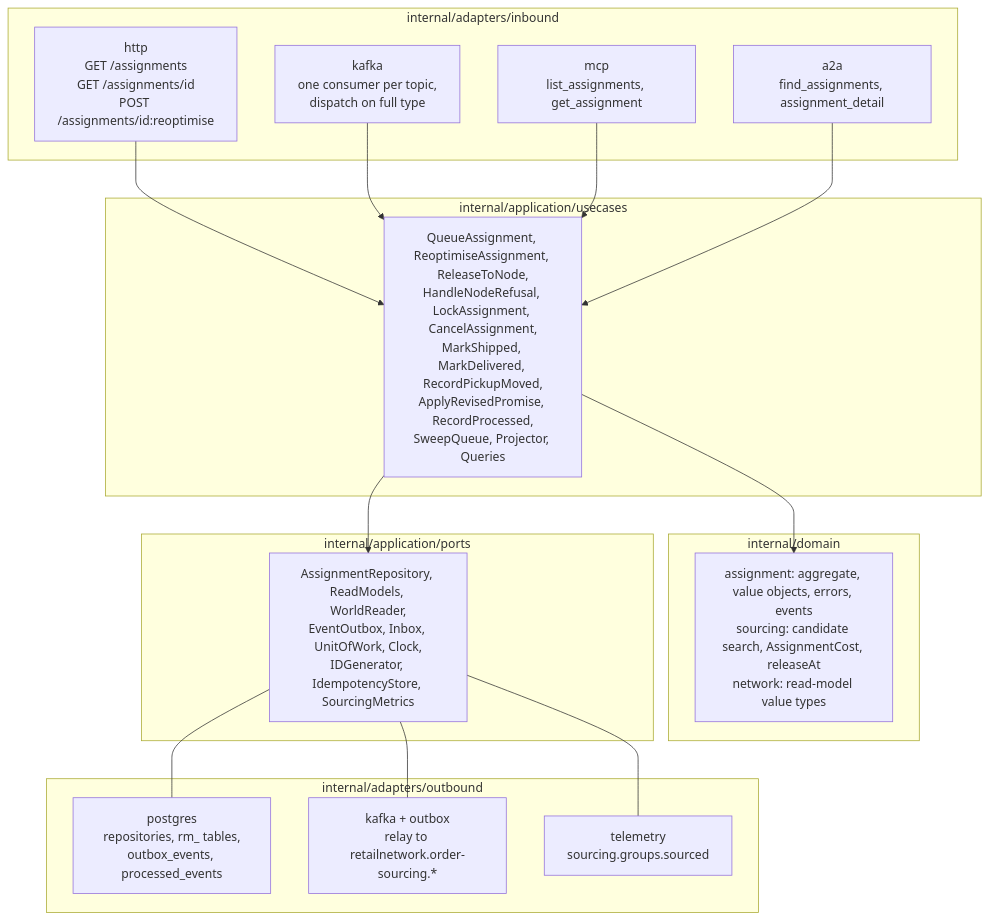
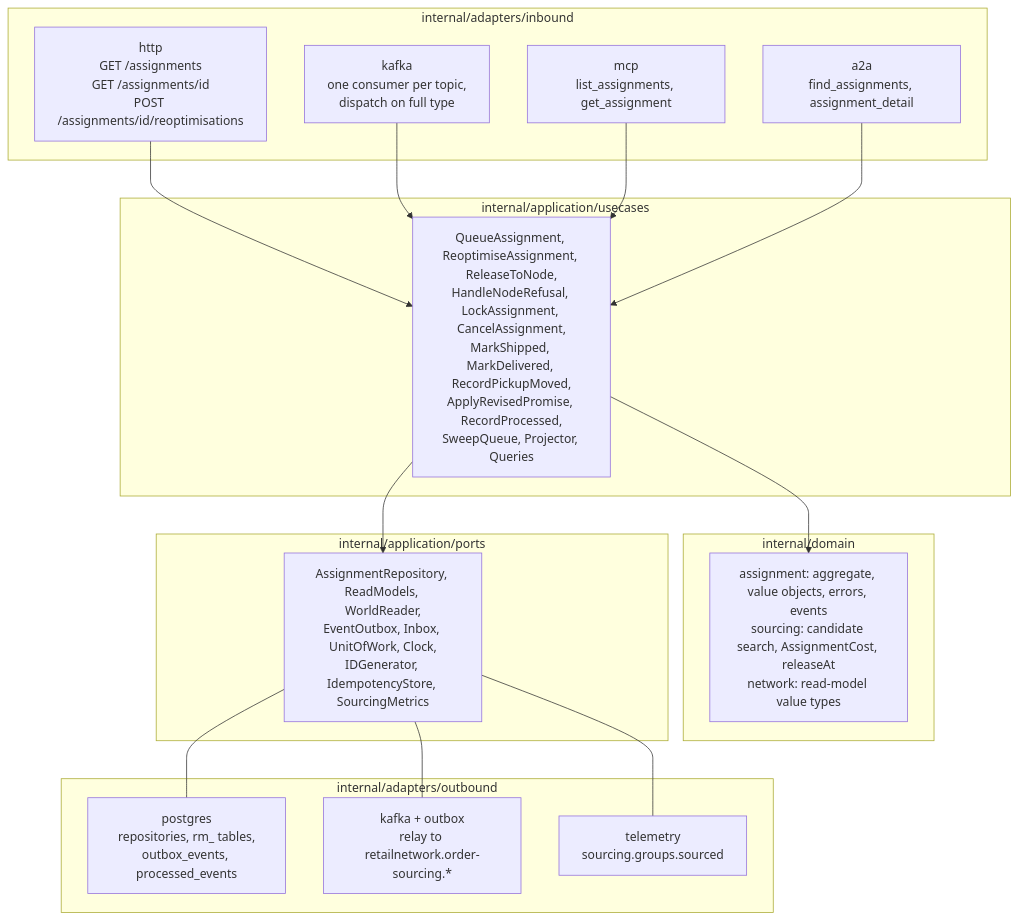
The fifth of 5 diagrams in docs/docs/ddd/class-diagram.md (IQVO/order-sourcing), drawn with Mermaid before and after one commit. The commit also changed 46 other files, not shown here.

````diff
--- a/docs/docs/ddd/class-diagram.md
+++ b/docs/docs/ddd/class-diagram.md
@@ -329,32 +329,32 @@
 ```mermaid
 flowchart TB
     subgraph IN["internal/adapters/inbound"]
-        HTTP["http<br/>GET /assignments<br/>GET /assignments/id<br/>POST /assignments/id:reoptimise"]
+        HTTP["http<br/>GET /assignments<br/>GET /assignments/id<br/>POST /assignments/id/reoptimisations"]
         KC["kafka<br/>one consumer per topic,<br/>dispatch on full type"]
         MCP["mcp<br/>list_assignments, get_assignment"]
         A2A["a2a<br/>find_assignments, assignment_detail"]
     end
     subgraph APP["internal/application/usecases"]
         UC["QueueAssignment, ReoptimiseAssignment, ReleaseToNode,<br/>HandleNodeRefusal, LockAssignment, CancelAssignment,<br/>MarkShipped, MarkDelivered, RecordPickupMoved,<br/>ApplyRevisedPromise, RecordProcessed,<br/>SweepQueue, Projector, Queries"]
     end
     subgraph DOM["internal/domain"]
         D["assignment: aggregate, value objects, errors, events<br/>sourcing: candidate search, AssignmentCost, releaseAt<br/>network: read-model value types"]
     end
     subgraph PORTS["internal/application/ports"]
         P["AssignmentRepository, ReadModels, WorldReader,<br/>EventOutbox, Inbox, UnitOfWork, Clock,<br/>IDGenerator, IdempotencyStore, SourcingMetrics"]
     end
     subgraph OUT["internal/adapters/outbound"]
         PG["postgres<br/>repositories, rm_ tables,<br/>outbox_events, processed_events"]
         KO["kafka + outbox<br/>relay to retailnetwork.order-sourcing.*"]
         TEL["telemetry<br/>sourcing.groups.sourced"]
     end
     HTTP --> UC
     KC --> UC
     MCP --> UC
     A2A --> UC
     UC --> D
     UC --> P
     P --- PG
     P --- KO
     P --- TEL
 ```
````
